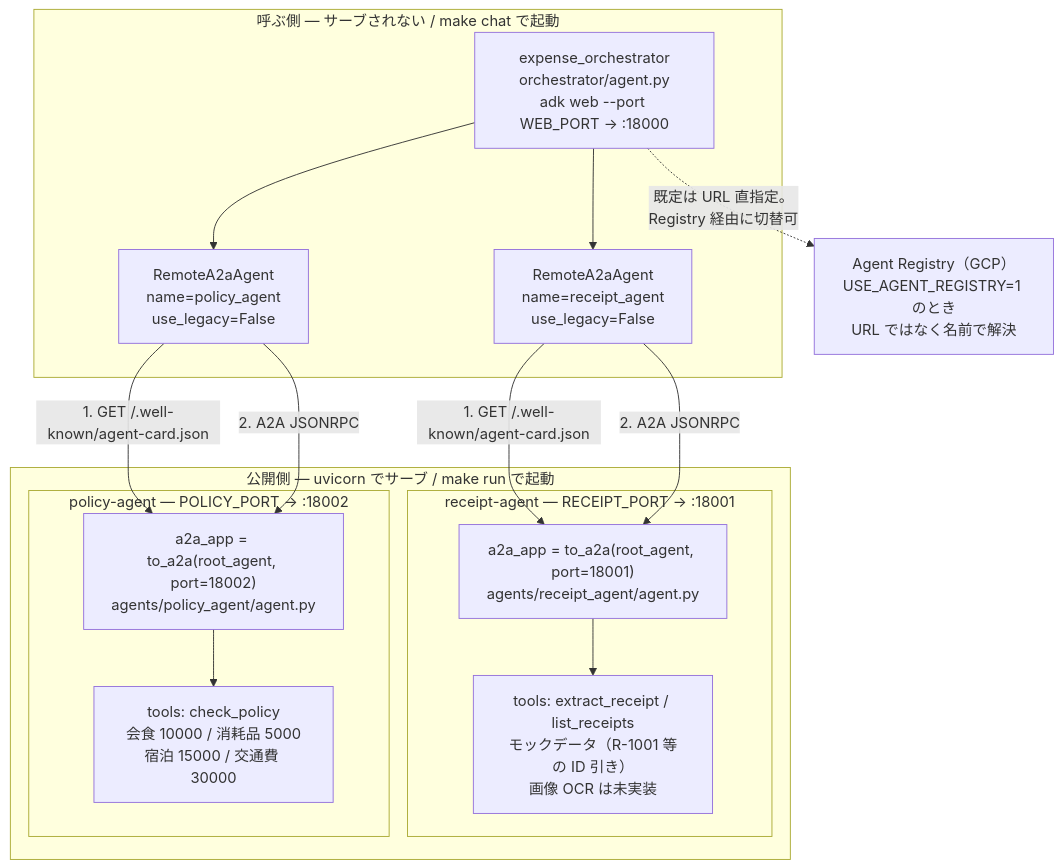
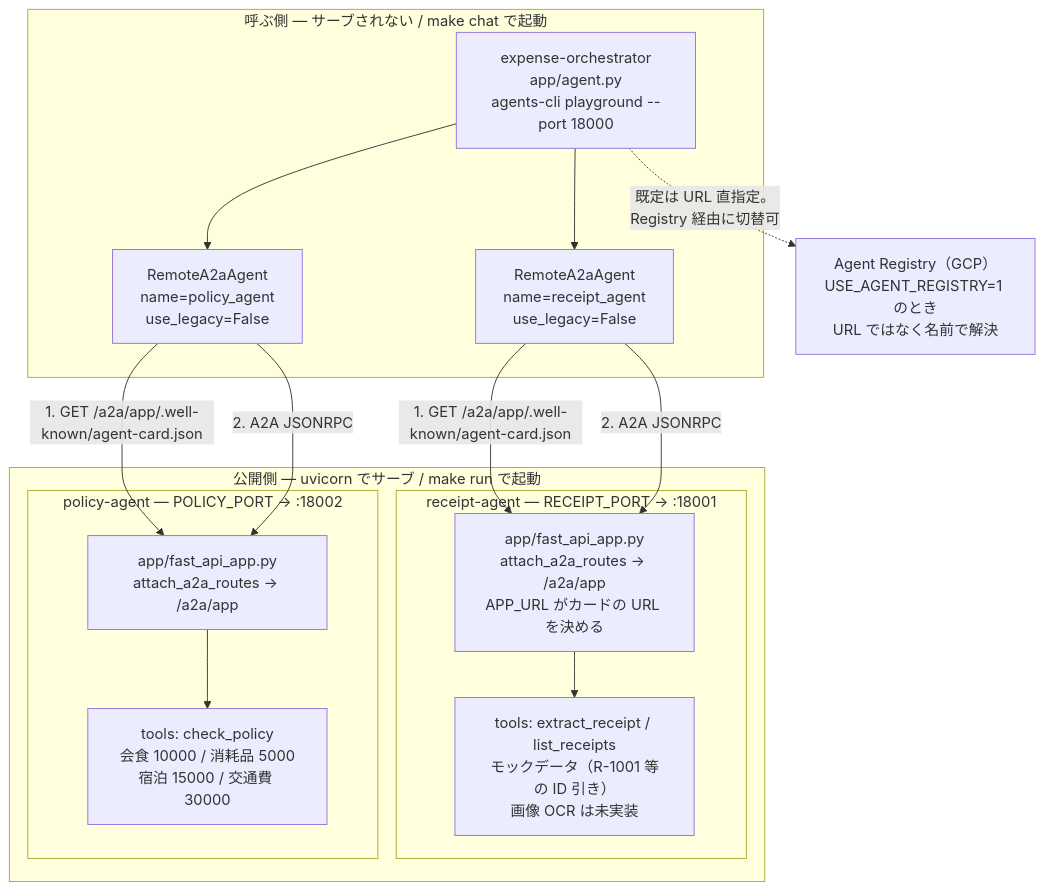
One commit to shin5ok/adk-agent-governance-sample changed the first of 4 diagrams in README.md. Above: the diagram before and after it, drawn with Mermaid. The commit also changed other lines of this file and 2 other files, not shown here.

First line of the commit message:
docs: agents-cli 構成に合わせてドキュメントを刷新

````diff
--- a/README.md
+++ b/README.md
@@ -9,29 +14,29 @@
 ```mermaid
 flowchart TB
     subgraph caller["呼ぶ側 — サーブされない / make chat で起動"]
-        ORCH["expense_orchestrator<br/>orchestrator/agent.py<br/>adk web --port WEB_PORT → :18000"]
+        ORCH["expense-orchestrator<br/>app/agent.py<br/>agents-cli playground --port 18000"]
         RA1["RemoteA2aAgent<br/>name=receipt_agent<br/>use_legacy=False"]
         RA2["RemoteA2aAgent<br/>name=policy_agent<br/>use_legacy=False"]
         ORCH --> RA1
         ORCH --> RA2
     end
     subgraph served["公開側 — uvicorn でサーブ / make run で起動"]
         subgraph S1["receipt-agent — RECEIPT_PORT → :18001"]
-            APP1["a2a_app = to_a2a(root_agent, port=18001)<br/>agents/receipt_agent/agent.py"]
+            APP1["app/fast_api_app.py<br/>attach_a2a_routes → /a2a/app<br/>APP_URL がカードの URL を決める"]
             T1["tools: extract_receipt / list_receipts<br/>モックデータ（R-1001 等の ID 引き）<br/>画像 OCR は未実装"]
             APP1 --> T1
         end
         subgraph S2["policy-agent — POLICY_PORT → :18002"]
-            APP2["a2a_app = to_a2a(root_agent, port=18002)<br/>agents/policy_agent/agent.py"]
+            APP2["app/fast_api_app.py<br/>attach_a2a_routes → /a2a/app"]
             T2["tools: check_policy<br/>会食 10000 / 消耗品 5000<br/>宿泊 15000 / 交通費 30000"]
             APP2 --> T2
         end
     end
     REG["Agent Registry（GCP）<br/>USE_AGENT_REGISTRY=1 のとき<br/>URL ではなく名前で解決"]
 
-    RA1 -->|"1. GET /.well-known/agent-card.json"| APP1
+    RA1 -->|"1. GET /a2a/app/.well-known/agent-card.json"| APP1
     RA1 -->|"2. A2A JSONRPC"| APP1
-    RA2 -->|"1. GET /.well-known/agent-card.json"| APP2
+    RA2 -->|"1. GET /a2a/app/.well-known/agent-card.json"| APP2
     RA2 -->|"2. A2A JSONRPC"| APP2
     ORCH -.->|"既定は URL 直指定。<br/>Registry 経由に切替可"| REG
 ```
````
